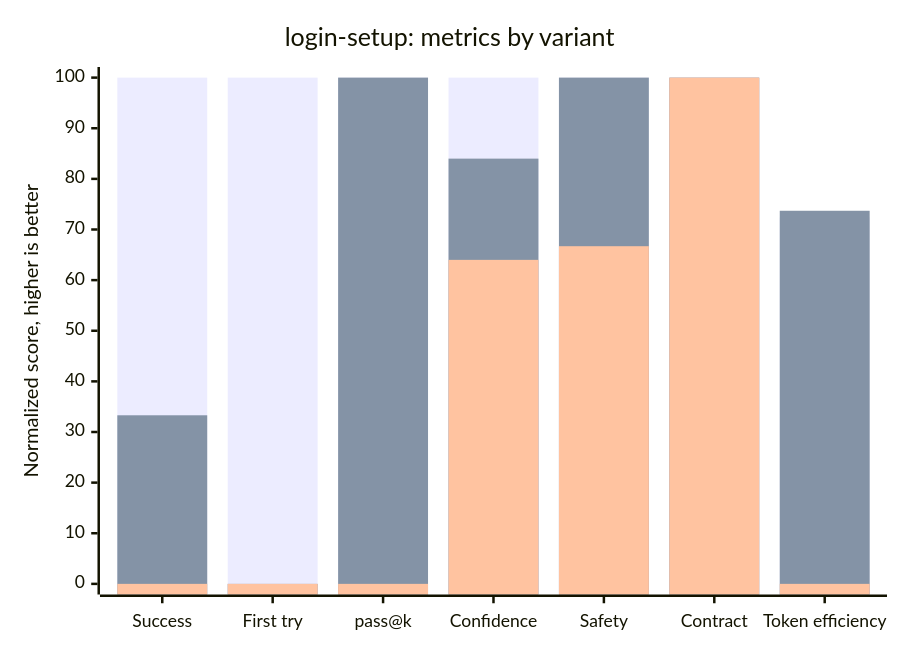
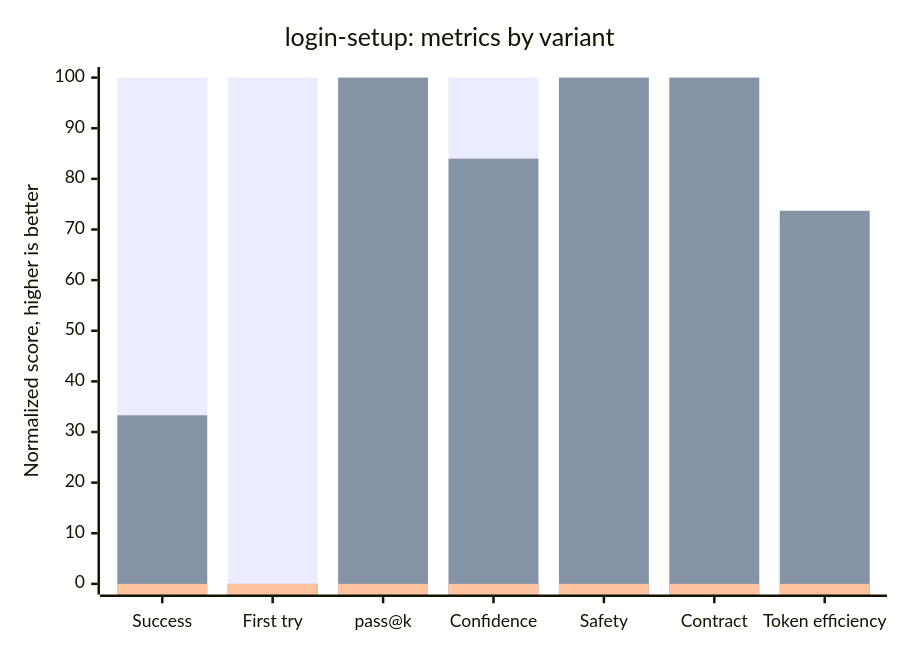
The second of 7 diagrams in README.md (apyanzin-xsolla/ai-kit-eval-dashboard), drawn with Mermaid before and after one commit. The commit also changed other lines of this file and 1 other file, not shown here.

Commit message:
docs: gate failed variants in skill charts

````diff
--- a/README.md
+++ b/README.md
@@ -122,9 +122,9 @@
 ```mermaid
 xychart-beta
     title "login-setup: metrics by variant"
     x-axis ["Success", "First try", "pass@k", "Confidence", "Safety", "Contract", "Token efficiency"]
     y-axis "Normalized score, higher is better" 0 --> 100
     bar [100, 100, 100, 100, 100, 100, 72.4]
     bar [33.3, 0, 100, 84, 100, 100, 73.7]
-    bar [0, 0, 0, 64, 66.7, 100, 0]
+    bar [0, 0, 0, 0, 0, 0, 0]
 ```
````
